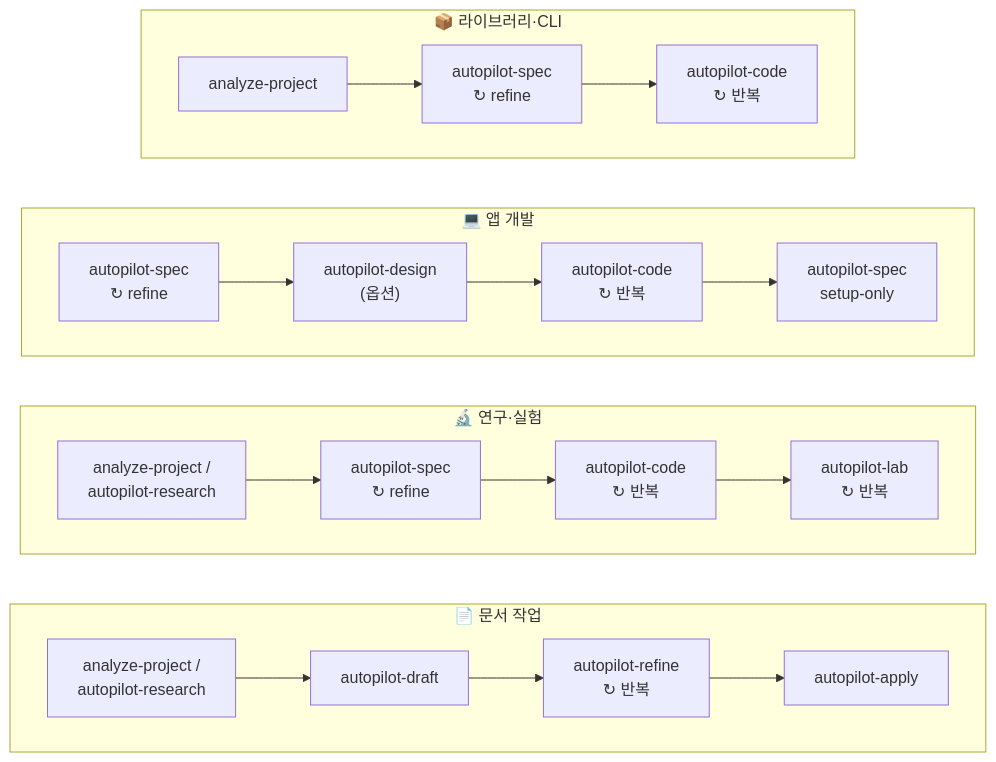
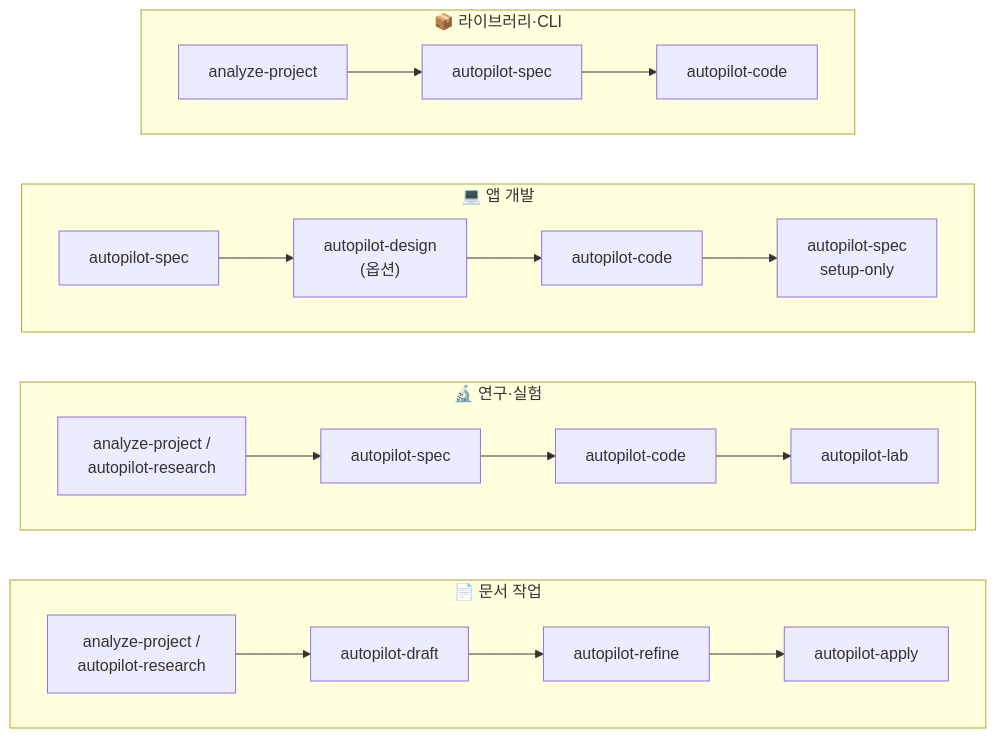
One commit to dmlguq456/claude_setting changed the first of 3 diagrams in README.md. Above: the diagram before and after it, drawn with Mermaid. The commit also changed other lines of this file and 1 other file, not shown here.

First line of the commit message:
fix(readme): mermaid 노드 안 ↻ 표지·반복/refine wording 전부 제거

````diff
--- a/README.md
+++ b/README.md
@@ -32,19 +32,19 @@
 ```mermaid
 flowchart LR
     subgraph DOC["📄 문서 작업"]
         direction LR
-        d1["analyze-project /<br/>autopilot-research"] --> d2[autopilot-draft] --> d3["autopilot-refine<br/>↻ 반복"] --> d4[autopilot-apply]
+        d1["analyze-project /<br/>autopilot-research"] --> d2[autopilot-draft] --> d3[autopilot-refine] --> d4[autopilot-apply]
     end
     subgraph EXP["🔬 연구·실험"]
         direction LR
-        e1["analyze-project /<br/>autopilot-research"] --> e2["autopilot-spec<br/>↻ refine"] --> e3["autopilot-code<br/>↻ 반복"] --> e4["autopilot-lab<br/>↻ 반복"]
+        e1["analyze-project /<br/>autopilot-research"] --> e2[autopilot-spec] --> e3[autopilot-code] --> e4[autopilot-lab]
     end
     subgraph APPDEV["💻 앱 개발"]
         direction LR
-        a1["autopilot-spec<br/>↻ refine"] --> a2["autopilot-design<br/>(옵션)"] --> a3["autopilot-code<br/>↻ 반복"] --> a4["autopilot-spec<br/>setup-only"]
+        a1[autopilot-spec] --> a2["autopilot-design<br/>(옵션)"] --> a3[autopilot-code] --> a4["autopilot-spec<br/>setup-only"]
     end
     subgraph LIB["📦 라이브러리·CLI"]
         direction LR
-        l1[analyze-project] --> l2["autopilot-spec<br/>↻ refine"] --> l3["autopilot-code<br/>↻ 반복"]
+        l1[analyze-project] --> l2[autopilot-spec] --> l3[autopilot-code]
     end
 ```
````
